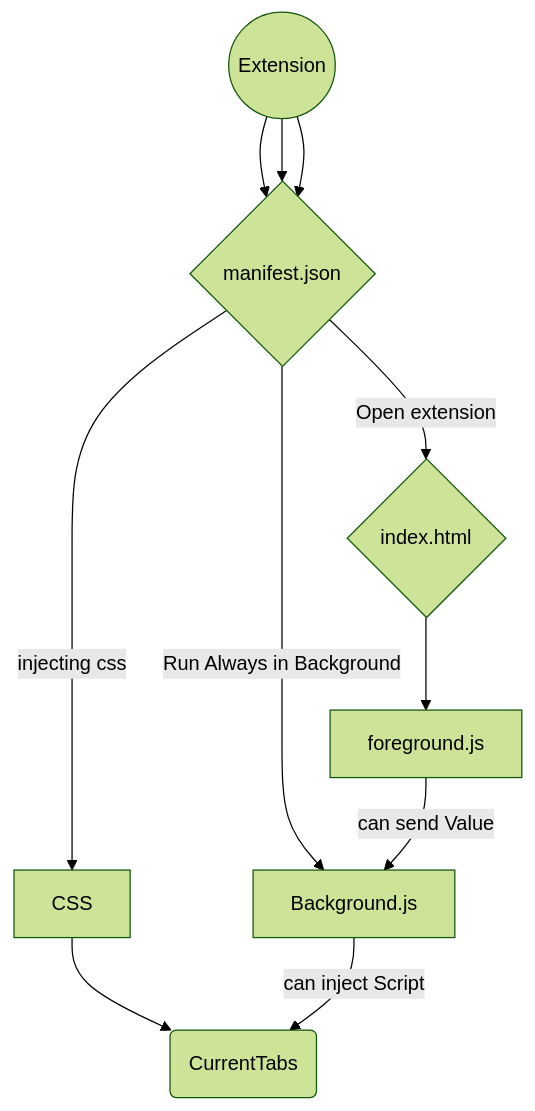
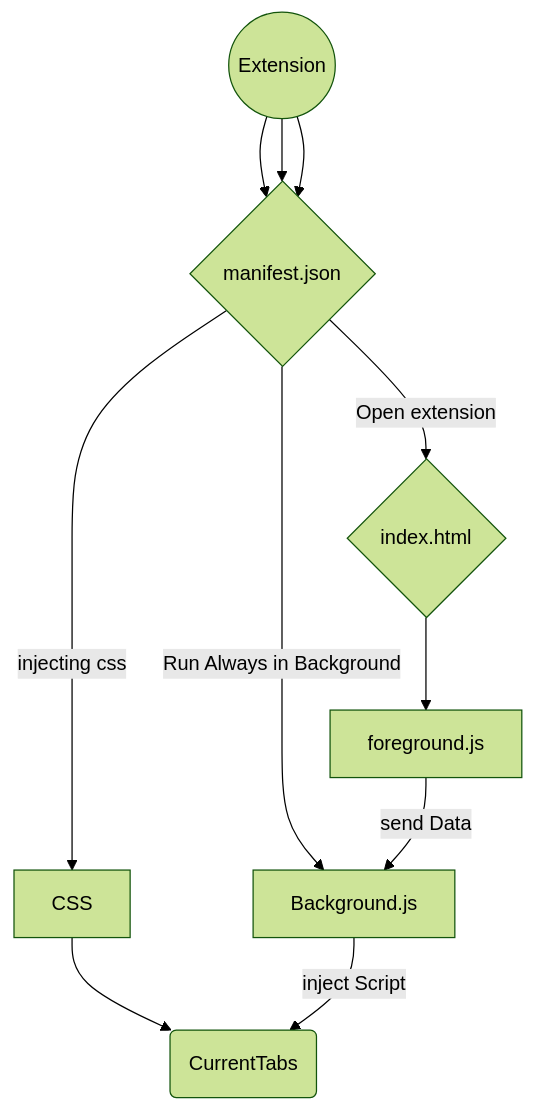
Before and after one commit to yoschigamer/youtubeRework: the first of 2 diagrams in README.md, drawn with Mermaid (forest theme).

````diff
--- a/README.md
+++ b/README.md
@@ -3,16 +3,16 @@
 ```mermaid
 graph 
 0((Extension))
 A{manifest.json}
 B[Background.js]
 D(CurrentTabs)
 
 B'[CSS]
 
 B_isOpen{index.html}
 C_isOpen[foreground.js]
 
 0 --> A -- injecting css --> B' --> D
-0 --> A -- Run Always in Background --> B -- can inject Script --> D
-0 --> A -- Open extension --> B_isOpen --> C_isOpen -- can send Value --> B
+0 --> A -- Run Always in Background --> B -- inject Script --> D
+0 --> A -- Open extension --> B_isOpen --> C_isOpen -- send Data --> B
 ```
````
